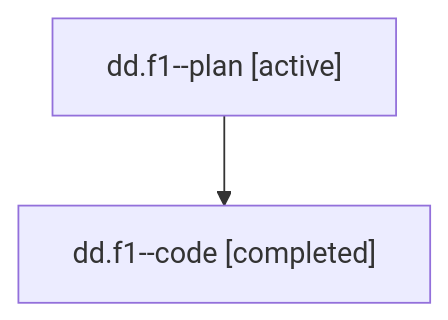
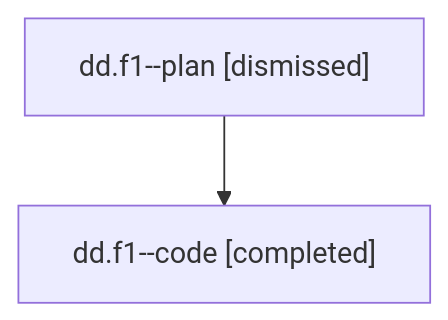
One commit to sase-org/sase--agents changed the diagram in sessions/bbugyi200.athena.dd.f1.md. Above: the diagram before and after it, drawn with Mermaid. The commit also changed other lines of this file and 69 other files, not shown here.

````diff
--- a/sessions/bbugyi200.athena.dd.f1.md
+++ b/sessions/bbugyi200.athena.dd.f1.md
@@ -9,6 +9,6 @@
 ```mermaid
 flowchart TD
-  n0["dd.f1--plan [active]"]
+  n0["dd.f1--plan [dismissed]"]
   n1["dd.f1--code [completed]"]
   n0 --> n1
 ```
````
